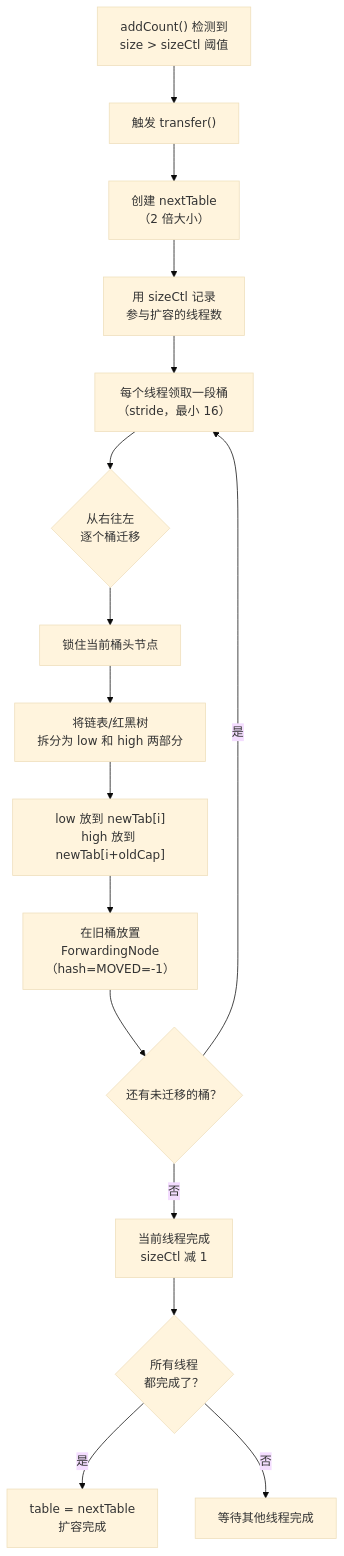
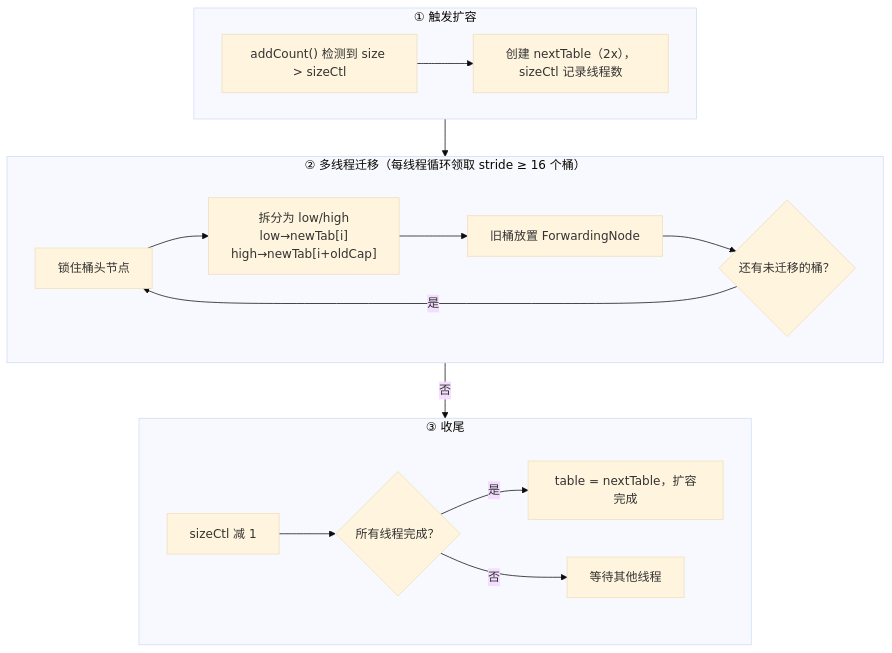
Diagram 11 of 11 in docs/01-java-basic/03-并发编程.md (b1tzer/b1tzer.github.io), drawn with Mermaid (base theme) before and after one commit. The commit also changed other lines of this file and 3 other files, not shown here.

````diff
--- a/docs/01-java-basic/03-并发编程.md
+++ b/docs/01-java-basic/03-并发编程.md
@@ -1022,18 +1026,25 @@
 ```mermaid
 flowchart TD
-    A["addCount() 检测到\nsize > sizeCtl 阈值"] --> B["触发 transfer()"]
-    B --> C["创建 nextTable\n（2 倍大小）"]
-    C --> D["用 sizeCtl 记录\n参与扩容的线程数"]
-    D --> E["每个线程领取一段桶\n（stride，最小 16）"]
-    E --> F{"从右往左\n逐个桶迁移"}
-    F --> G["锁住当前桶头节点"]
-    G --> H["将链表/红黑树\n拆分为 low 和 high 两部分"]
-    H --> I["low 放到 newTab[i]\nhigh 放到 newTab[i+oldCap]"]
-    I --> J["在旧桶放置\nForwardingNode\n（hash=MOVED=-1）"]
-    J --> K{"还有未迁移的桶？"}
-    K -->|"是"| E
-    K -->|"否"| L["当前线程完成\nsizeCtl 减 1"]
-    L --> M{"所有线程\n都完成了？"}
-    M -->|"是"| N["table = nextTable\n扩容完成"]
-    M -->|"否"| O["等待其他线程完成"]
+    subgraph 触发["① 触发扩容"]
+        direction LR
+        A["addCount() 检测到 size > sizeCtl"] --> B["创建 nextTable（2x），sizeCtl 记录线程数"]
+    end
+
+    subgraph 迁移["② 多线程迁移（每线程循环领取 stride ≥ 16 个桶）"]
+        direction LR
+        C["锁住桶头节点"] --> D["拆分为 low/high\nlow→newTab[i]\nhigh→newTab[i+oldCap]"]
+        D --> E["旧桶放置 ForwardingNode"]
+        E --> F{"还有未迁移的桶？"}
+        F -->|"是"| C
+    end
+
+    subgraph 完成["③ 收尾"]
+        direction LR
+        G["sizeCtl 减 1"] --> H{"所有线程完成？"}
+        H -->|"是"| I["table = nextTable，扩容完成"]
+        H -->|"否"| J["等待其他线程"]
+    end
+
+    触发 --> 迁移
+    F -->|"否"| 完成
 ```
````
